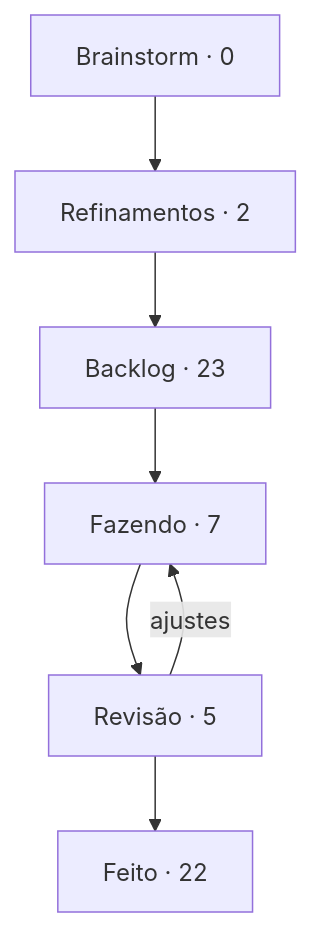
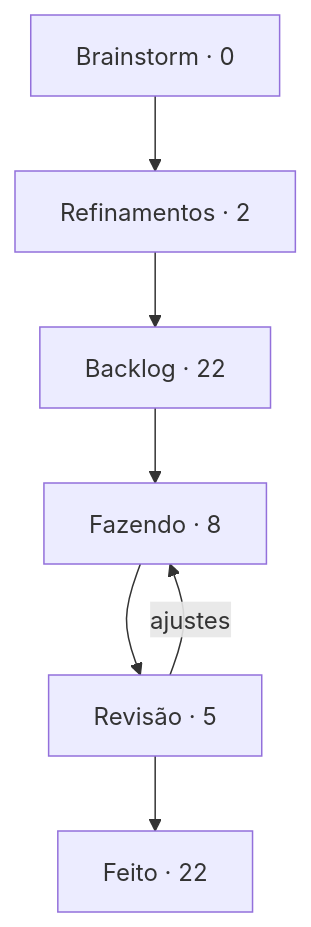
Before and after one commit to StudioVibi/VibiKanban: the diagram in boards/dungeon-bend/BOARD.md, drawn with Mermaid. The commit also changed other lines of this file and 1 other file, not shown here.

Commit message:
board: DB-62 Backlog → Fazendo (@Leon-nis)

````diff
--- a/boards/dungeon-bend/BOARD.md
+++ b/boards/dungeon-bend/BOARD.md
@@ -5,12 +5,12 @@
 ```mermaid
 flowchart TD
   brainstorm["Brainstorm · 0"] --> refinamentos["Refinamentos · 2"]
-  refinamentos --> backlog["Backlog · 23"]
-  backlog --> doing["Fazendo · 7"]
+  refinamentos --> backlog["Backlog · 22"]
+  backlog --> doing["Fazendo · 8"]
   doing --> review["Revisão · 5"]
   review --> done["Feito · 22"]
   review -->|ajustes| doing
   doing:::blue
   review:::yellow
   done:::green
 ```
````
